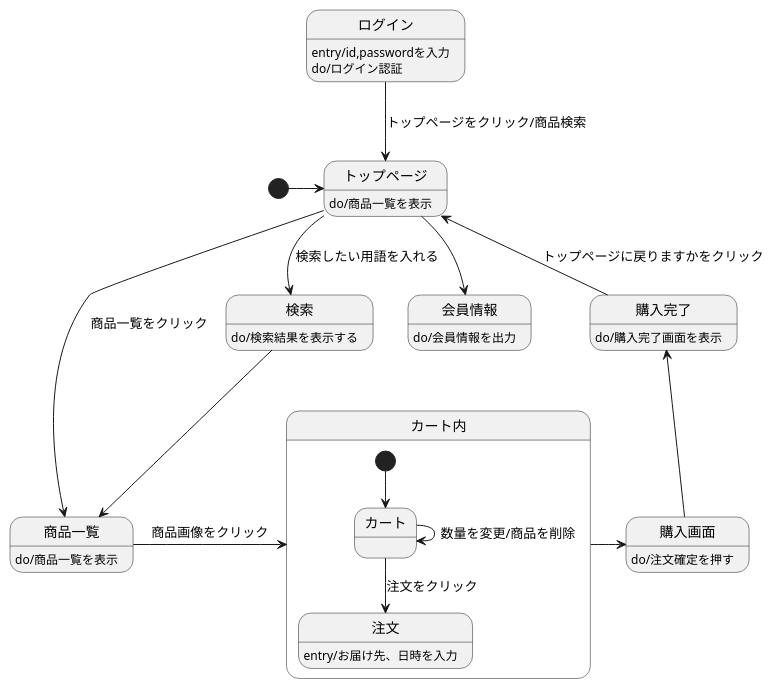
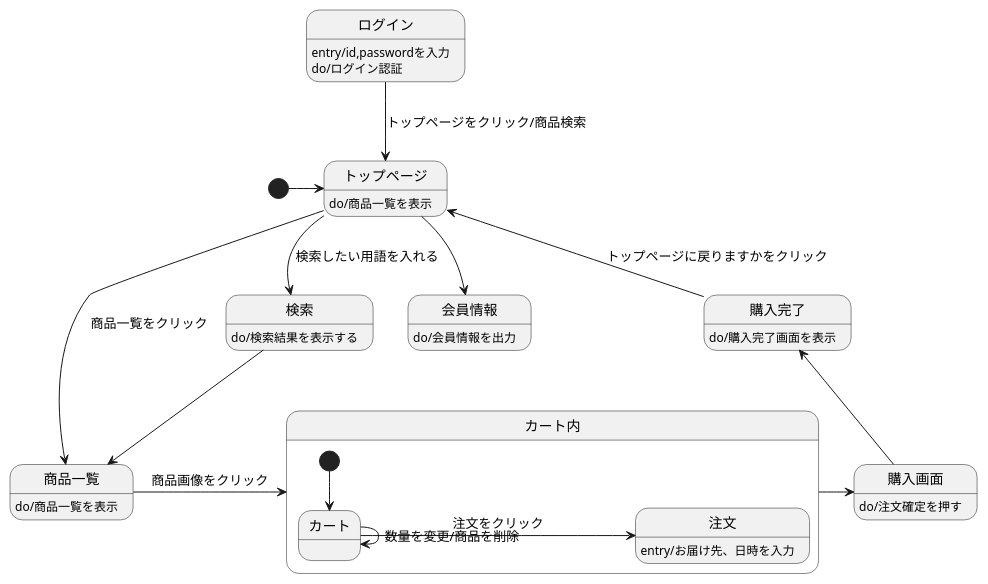
The diagram in 画面遷移図(original).md (Aso2001224/2021sys-design), drawn with PlantUML before and after one commit.

````diff
--- a/画面遷移図(original).md
+++ b/画面遷移図(original).md
@@ -1,27 +1,27 @@
 ```uml
 @startuml
 [*]->トップページ
 トップページ:do/商品一覧を表示
 ログイン-->トップページ:トップページをクリック/商品検索
 ログイン:entry/id,passwordを入力
 ログイン:do/ログイン認証
 トップページ-->会員情報
 会員情報:do/会員情報を出力
 トップページ-->検索 :検索したい用語を入れる
 検索:do/検索結果を表示する
 トップページ-->商品一覧 :商品一覧をクリック
 検索-->商品一覧
 商品一覧:do/商品一覧を表示
 商品一覧-right->カート内: 商品画像をクリック
 カート内-right-> 購入画面
 購入画面:do/注文確定を押す
 購入画面-up->購入完了
 購入完了:do/購入完了画面を表示
 購入完了-up->トップページ: トップページに戻りますかをクリック
 state カート内{
 [*]--> カート
-カート-down-> 注文: 注文をクリック
+カート-right-> 注文: 注文をクリック
 カート->カート: 数量を変更/商品を削除
 注文:entry/お届け先、日時を入力
 @enduml
 ```
````
